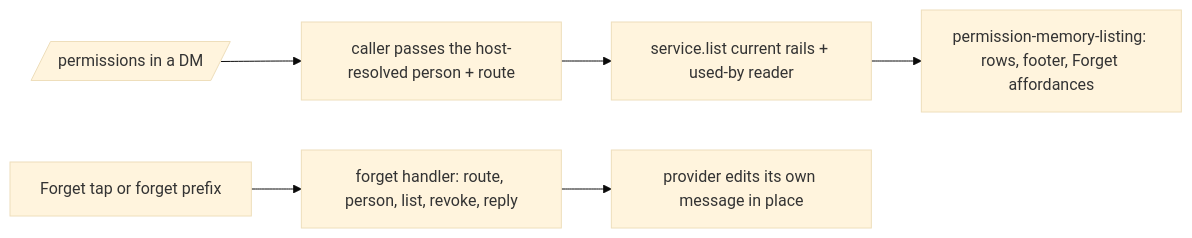
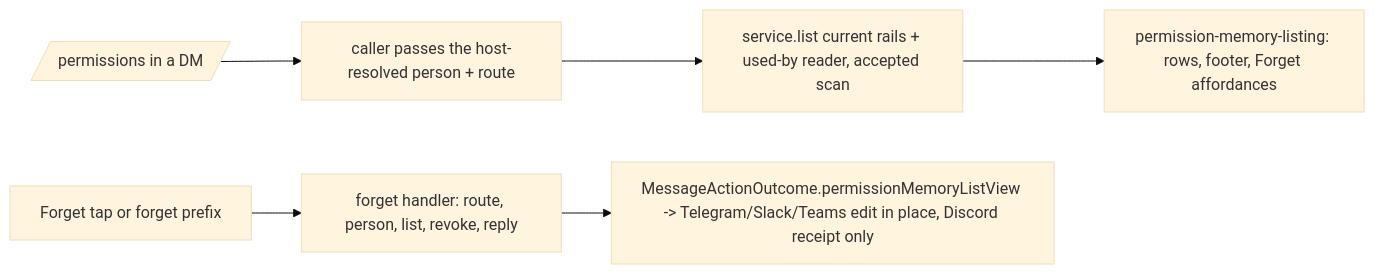
One commit to knacklabs/gantry changed the diagram in plans/exploration/askfloor-1-t5b-taskplan.md. Above: the diagram before and after it, drawn with Mermaid (base theme). The commit also changed other lines of this file and 1 other file, not shown here.

Commit message:
plan(ASKFLOOR-1-T5b): task plan v3 — fold grill r2 (group-processor-deps injection, agent-keyed route, includeRevoked pre-read, recoverable row copy, outcome list view, Discord receipt-only, label carrier via memoryContext, scheduler starter, accepted scan, widened budget)

````diff
--- a/plans/exploration/askfloor-1-t5b-taskplan.md
+++ b/plans/exploration/askfloor-1-t5b-taskplan.md
@@ -64,8 +65,8 @@
 ```mermaid
 flowchart LR
   A[/permissions in a DM/] --> B[caller passes the host-resolved person + route]
-  B --> C[service.list current rails + used-by reader]
+  B --> C[service.list current rails + used-by reader, accepted scan]
   C --> D[permission-memory-listing: rows, footer, Forget affordances]
   E[Forget tap or forget prefix] --> F[forget handler: route, person, list, revoke, reply]
-  F --> G[provider edits its own message in place]
+  F --> G[MessageActionOutcome.permissionMemoryListView -> Telegram/Slack/Teams edit in place, Discord receipt only]
 ```
````
